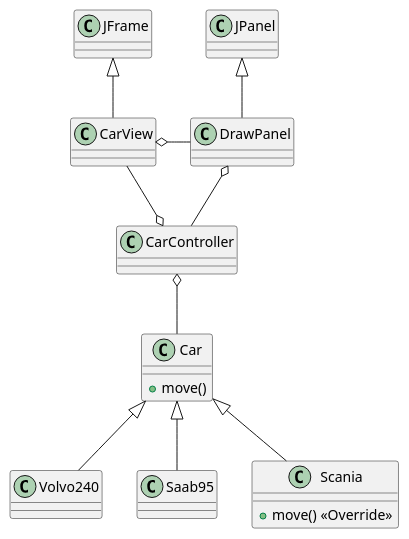
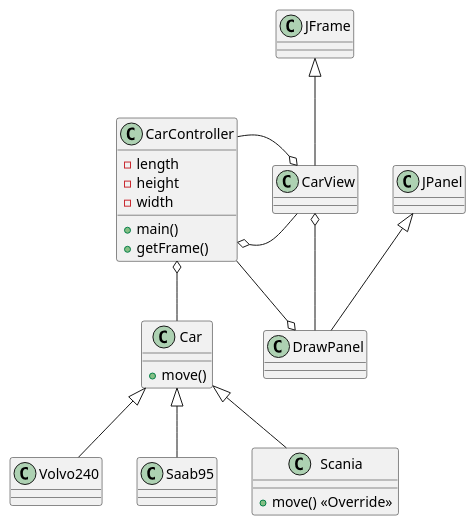
The diagram in src/test1.puml (Yogaledare/dit953-lab2), drawn with PlantUML before and after one commit.

```diff
--- a/src/test1.puml
+++ b/src/test1.puml
@@ -1,30 +1,38 @@
 @startuml
 
-class CarController
+class CarController {
+-length
+-height
+-width
+
++main()
++getFrame()
+}
 class DrawPanel
 class JPanel
 class CarView
 class JFrame
 class Car {
 +move()
 }
 class Volvo240
 class Saab95
 class Scania {
 +move() <<Override>>
 }
 
 
 JPanel <|-- DrawPanel
 JFrame <|-- CarView
 
 Car <|-- Volvo240
 Car <|-- Saab95
 Car <|-- Scania
 
 CarController o-- Car
 CarController o-- CarView
 DrawPanel o-- CarController
 CarView o- DrawPanel
+CarView o- CarController
 
 @enduml
```
